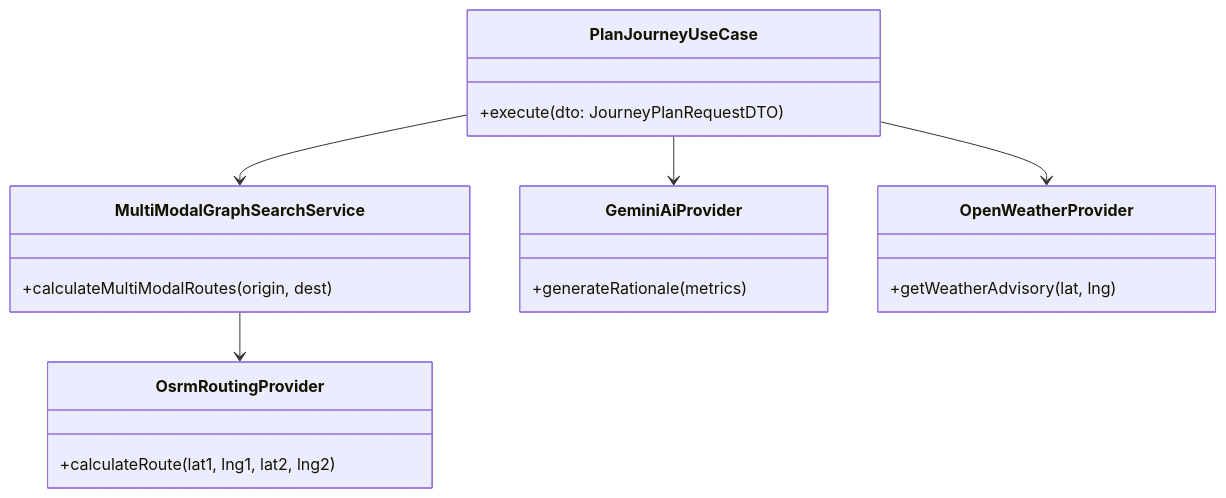
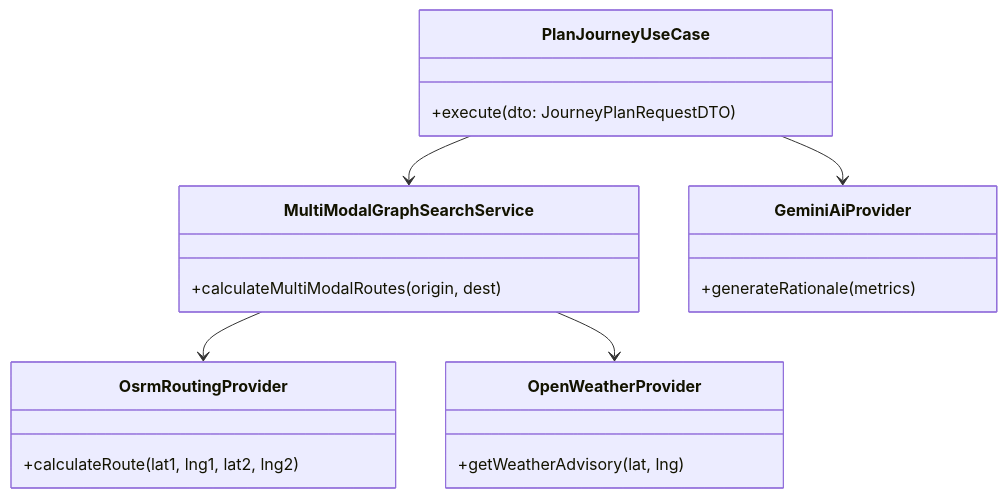
Before and after one commit to vivek-kumar-kandu/Sarthee-AI: the fourth of 4 diagrams in docs/ARCHITECTURE.md, drawn with Mermaid. The commit also changed other lines of this file and 5 other files, not shown here.

````diff
--- a/docs/ARCHITECTURE.md
+++ b/docs/ARCHITECTURE.md
@@ -141,23 +145,23 @@
 ```mermaid
 classDiagram
     class PlanJourneyUseCase {
         +execute(dto: JourneyPlanRequestDTO)
     }
     class MultiModalGraphSearchService {
         +calculateMultiModalRoutes(origin, dest)
     }
     class OsrmRoutingProvider {
         +calculateRoute(lat1, lng1, lat2, lng2)
     }
     class GeminiAiProvider {
         +generateRationale(metrics)
     }
     class OpenWeatherProvider {
         +getWeatherAdvisory(lat, lng)
     }
 
     PlanJourneyUseCase --> MultiModalGraphSearchService
     PlanJourneyUseCase --> GeminiAiProvider
-    PlanJourneyUseCase --> OpenWeatherProvider
     MultiModalGraphSearchService --> OsrmRoutingProvider
+    MultiModalGraphSearchService --> OpenWeatherProvider
 ```
````
